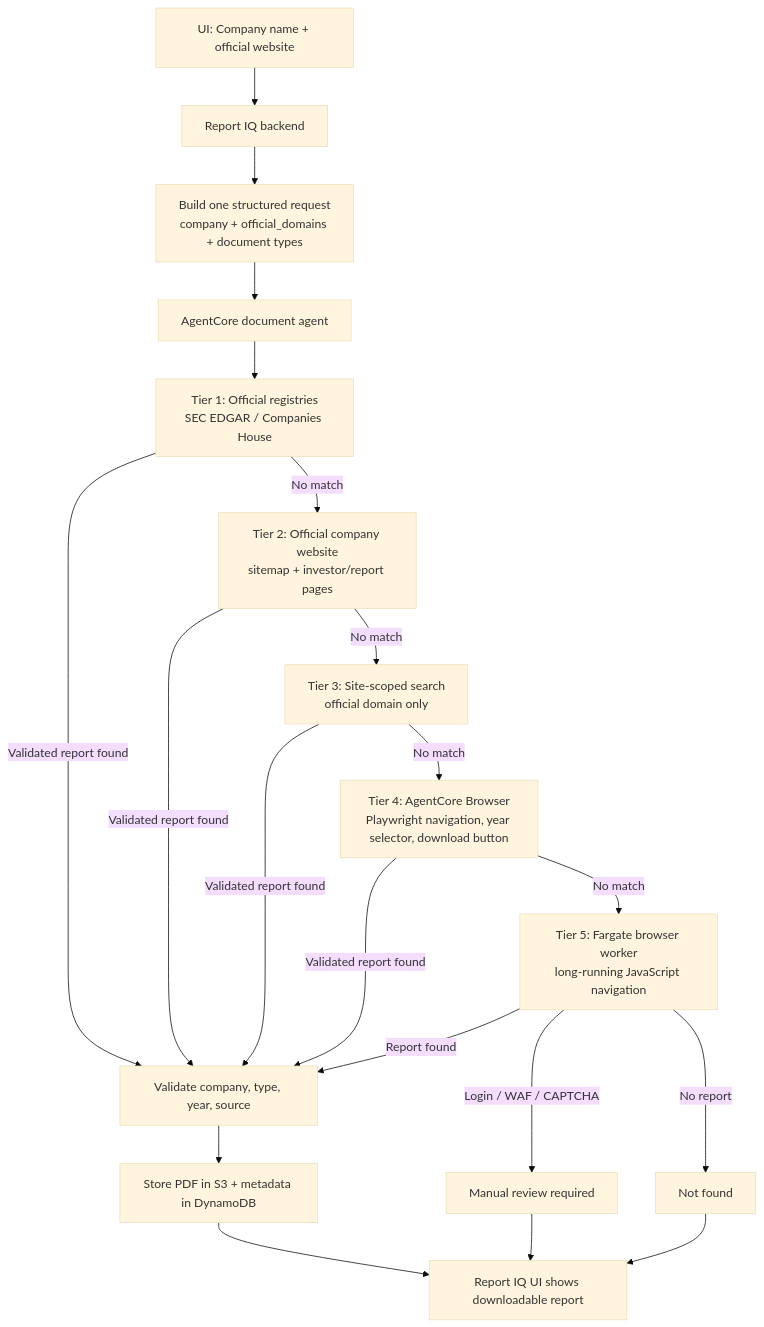
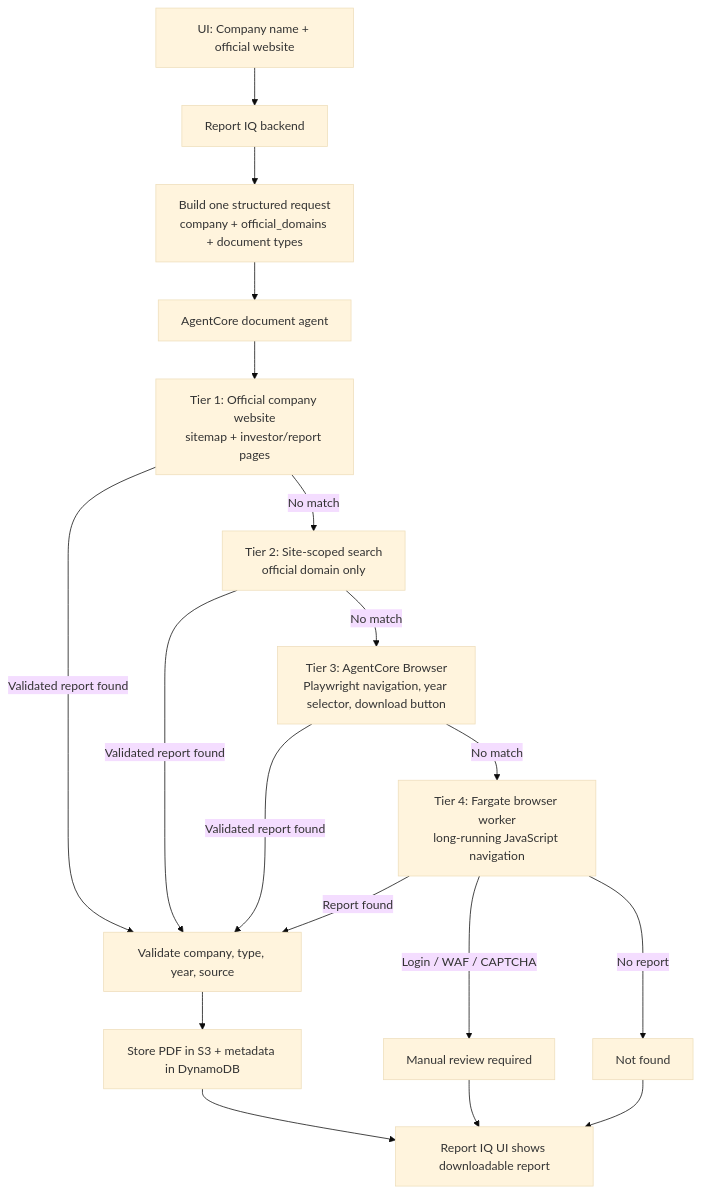
One commit to abhayjain09/csa-project changed the diagram in infra/agentcore-report/docs/retrieval-flow.md. Above: the diagram before and after it, drawn with Mermaid (base theme). The commit also changed 1 other file, not shown here.

````diff
--- a/infra/agentcore-report/docs/retrieval-flow.md
+++ b/infra/agentcore-report/docs/retrieval-flow.md
@@ -3,28 +3,25 @@
 ```mermaid
 flowchart TD
     A["UI: Company name + official website"] --> B["Report IQ backend"]
     B --> C["Build one structured request<br/>company + official_domains + document types"]
     C --> D["AgentCore document agent"]
 
-    D --> T1["Tier 1: Official registries<br/>SEC EDGAR / Companies House"]
+    D --> T1["Tier 1: Official company website<br/>sitemap + investor/report pages"]
     T1 -->|"Validated report found"| V["Validate company, type, year, source"]
-    T1 -->|"No match"| T2["Tier 2: Official company website<br/>sitemap + investor/report pages"]
+    T1 -->|"No match"| T2["Tier 2: Site-scoped search<br/>official domain only"]
 
     T2 -->|"Validated report found"| V
-    T2 -->|"No match"| T3["Tier 3: Site-scoped search<br/>official domain only"]
+    T2 -->|"No match"| T3["Tier 3: AgentCore Browser<br/>Playwright navigation, year selector, download button"]
 
     T3 -->|"Validated report found"| V
-    T3 -->|"No match"| T4["Tier 4: AgentCore Browser<br/>Playwright navigation, year selector, download button"]
+    T3 -->|"No match"| T4["Tier 4: Fargate browser worker<br/>long-running JavaScript navigation"]
 
-    T4 -->|"Validated report found"| V
-    T4 -->|"No match"| T5["Tier 5: Fargate browser worker<br/>long-running JavaScript navigation"]
-
-    T5 -->|"Report found"| V
-    T5 -->|"Login / WAF / CAPTCHA"| M["Manual review required"]
-    T5 -->|"No report"| N["Not found"]
+    T4 -->|"Report found"| V
+    T4 -->|"Login / WAF / CAPTCHA"| M["Manual review required"]
+    T4 -->|"No report"| N["Not found"]
 
     V --> S["Store PDF in S3 + metadata in DynamoDB"]
     S --> R["Report IQ UI shows downloadable report"]
     M --> R
     N --> R
 ```
````
